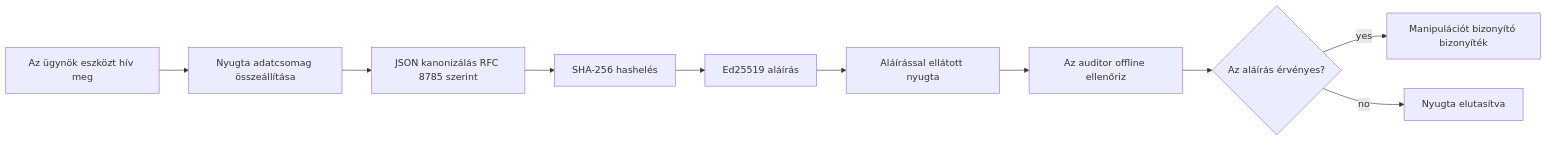
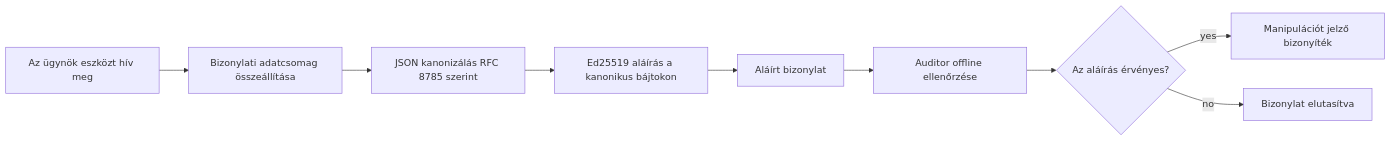
One commit to microsoft/ai-agents-for-beginners changed the first of 2 diagrams in translations/hu/18-securing-ai-agents/README.md. Above: the diagram before and after it, drawn with Mermaid. The commit also changed other lines of this file and 47 other files, not shown here.

````diff
--- a/translations/hu/18-securing-ai-agents/README.md
+++ b/translations/hu/18-securing-ai-agents/README.md
@@ -51,12 +51,11 @@
 ```mermaid
 flowchart LR
-    A[Az ügynök eszközt hív meg] --> B[Nyugta adatcsomag összeállítása]
+    A[Az ügynök eszközt hív meg] --> B[Bizonylati adatcsomag összeállítása]
     B --> C[JSON kanonizálás RFC 8785 szerint]
-    C --> D[SHA-256 hashelés]
-    D --> E[Ed25519 aláírás]
-    E --> F[Aláírással ellátott nyugta]
-    F --> G[Az auditor offline ellenőriz]
+    C --> E[Ed25519 aláírás a kanonikus bájtokon]
+    E --> F[Aláírt bizonylat]
+    F --> G[Auditor offline ellenőrzése]
     G --> H{Az aláírás érvényes?}
-    H -- yes --> I[Manipulációt bizonyító bizonyíték]
-    H -- no --> J[Nyugta elutasítva]
+    H -- yes --> I[Manipulációt jelző bizonyíték]
+    H -- no --> J[Bizonylat elutasítva]
 ```
````
